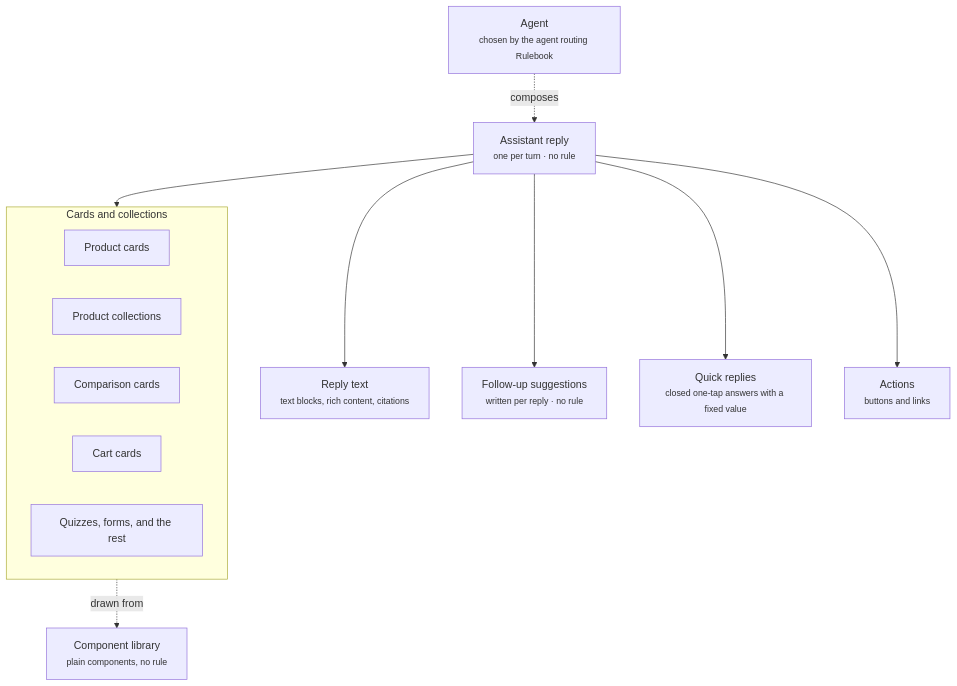
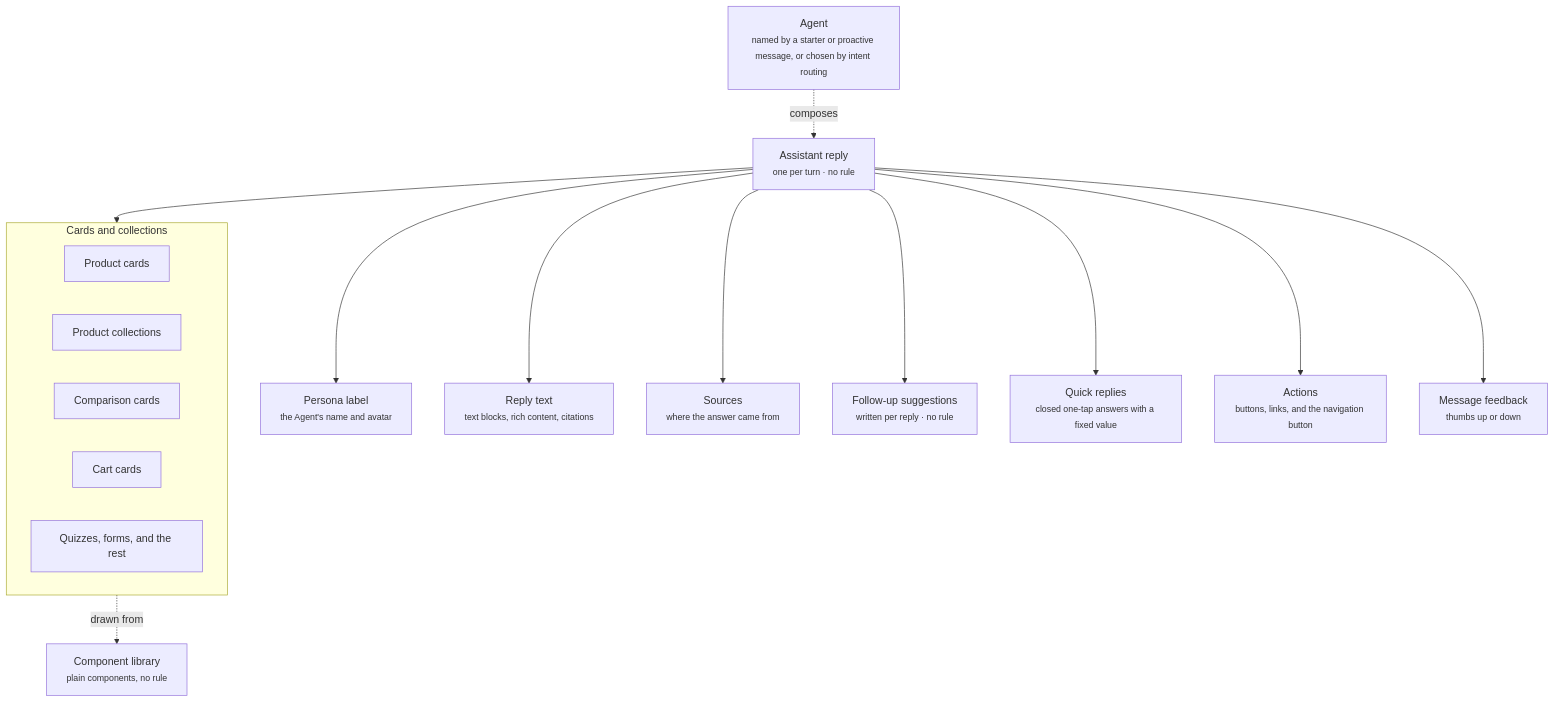
The diagram in components/conversation/assistant-reply.mdx (crossword-ai/docs), drawn with Mermaid before and after one commit. The commit also changed other lines of this file and 89 other files, not shown here.

````diff
--- a/components/conversation/assistant-reply.mdx
+++ b/components/conversation/assistant-reply.mdx
@@ -12,20 +12,23 @@
 ```mermaid
 flowchart TB
-  AGENT["Agent<br/><small>chosen by the agent routing Rulebook</small>"]
+  AGENT["Agent<br/><small>named by a starter or proactive message, or chosen by intent routing</small>"]
   AGENT -. "composes" .-> AR
   AR["Assistant reply<br/><small>one per turn · no rule</small>"]
+  AR --> PL["Persona label<br/><small>the Agent's name and avatar</small>"]
   AR --> RT["Reply text<br/><small>text blocks, rich content, citations</small>"]
+  AR --> SRC["Sources<br/><small>where the answer came from</small>"]
   AR --> CARDS
   AR --> FU["Follow-up suggestions<br/><small>written per reply · no rule</small>"]
   AR --> QR["Quick replies<br/><small>closed one-tap answers with a fixed value</small>"]
-  AR --> AC["Actions<br/><small>buttons and links</small>"]
+  AR --> AC["Actions<br/><small>buttons, links, and the navigation button</small>"]
+  AR --> FB["Message feedback<br/><small>thumbs up or down</small>"]
   subgraph CARDS["Cards and collections"]
     PC["Product cards"]
     PCOL["Product collections"]
     CC["Comparison cards"]
     CART["Cart cards"]
     REST["Quizzes, forms, and the rest"]
   end
   LIB["Component library<br/><small>plain components, no rule</small>"]
   CARDS -. "drawn from" .-> LIB
 ```
````
